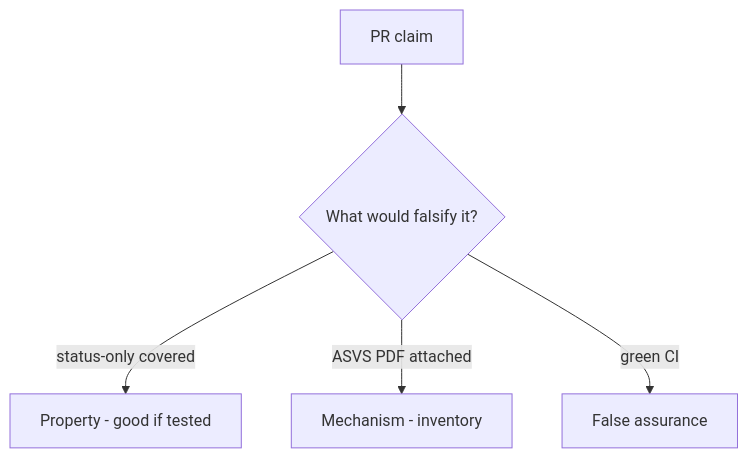
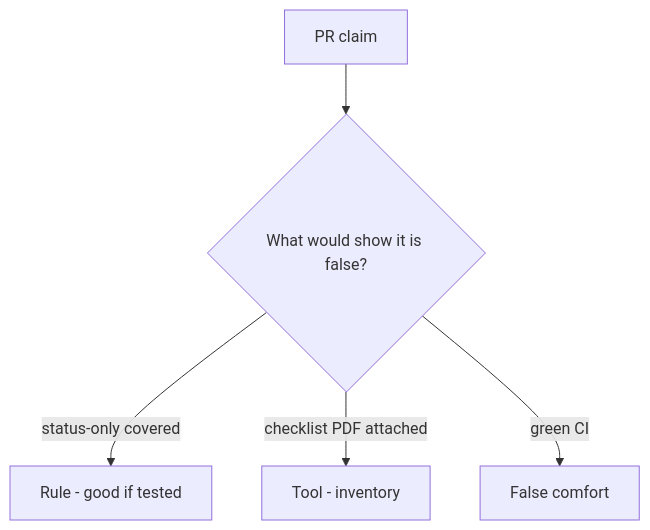
One commit to ishitvagoel/LearnSecurity changed the diagram in content/modules/9/9.1/lessons/08-review.md. Above: the diagram before and after it, drawn with Mermaid. The commit also changed other lines of this file and 39 other files, not shown here.

````diff
--- a/content/modules/9/9.1/lessons/08-review.md
+++ b/content/modules/9/9.1/lessons/08-review.md
@@ -17,7 +18,7 @@
 ```mermaid
 flowchart TD
-  Claim[PR claim] --> Q{"What would falsify it?"}
-  Q -->|status-only covered| Property["Property - good if tested"]
-  Q -->|ASVS PDF attached| Mechanism[Mechanism - inventory]
-  Q -->|green CI| False[False assurance]
+  Claim[PR claim] --> Q{"What would show it is false?"}
+  Q -->|status-only covered| Property["Rule - good if tested"]
+  Q -->|checklist PDF attached| Mechanism[Tool - inventory]
+  Q -->|green CI| False[False comfort]
 ```
````
